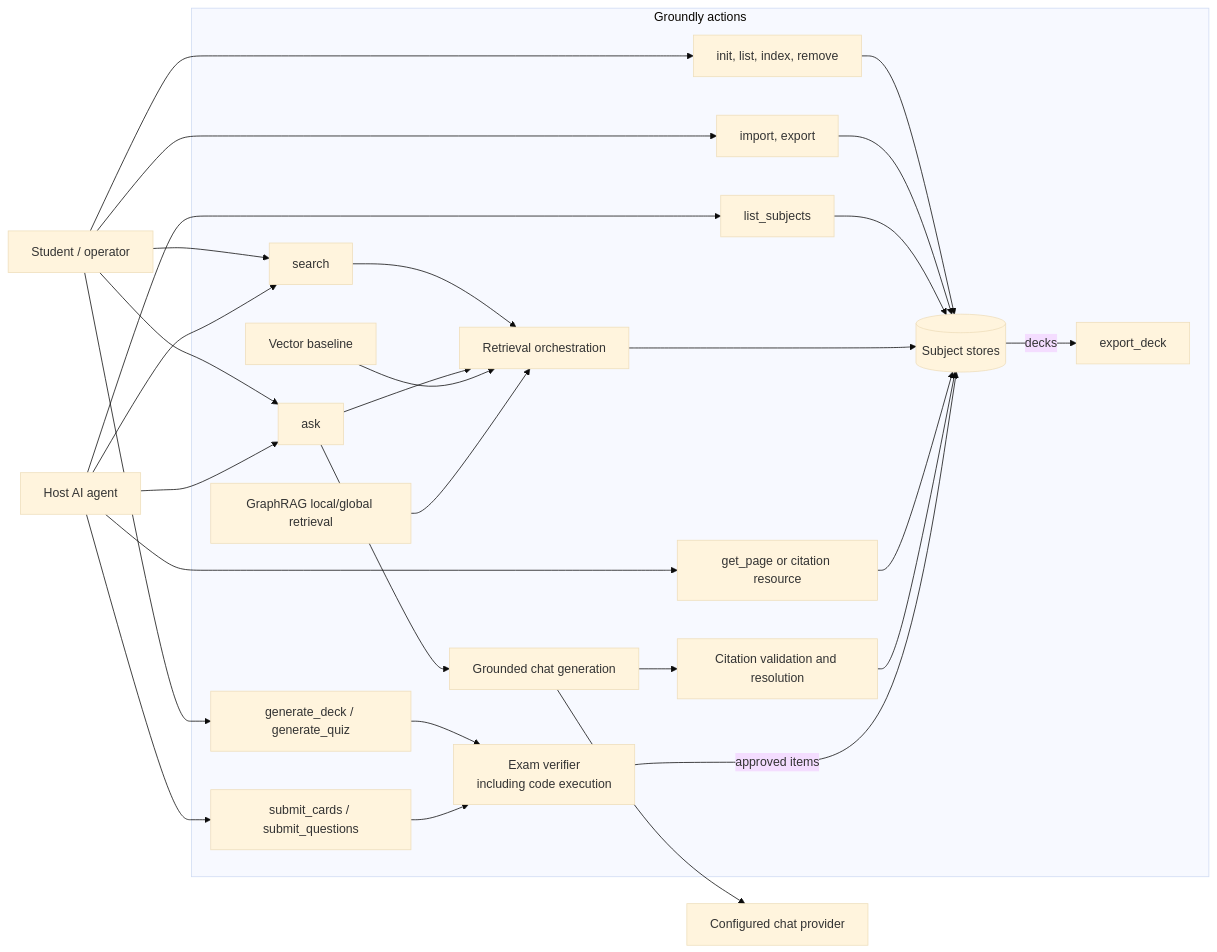
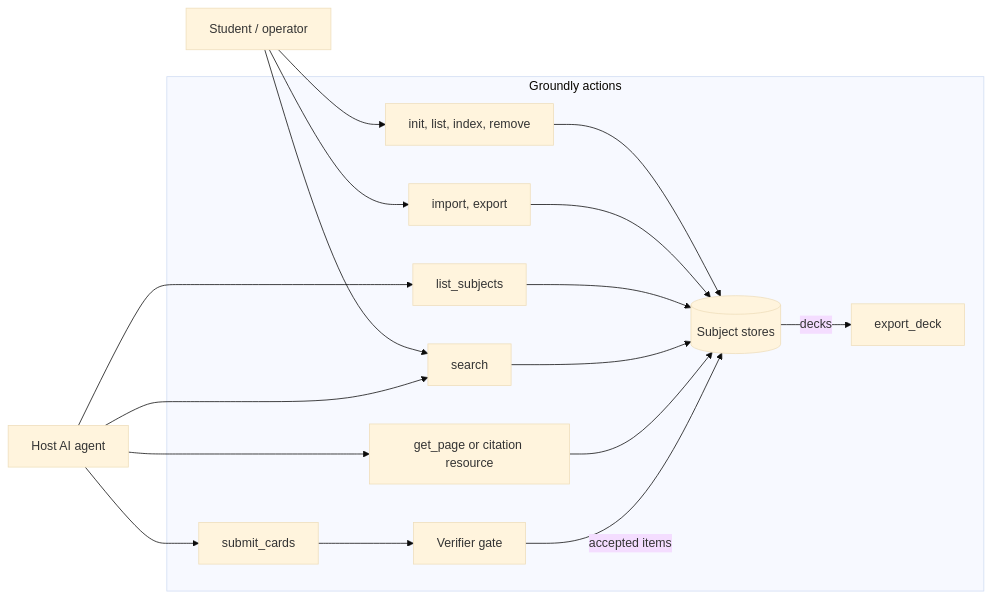
The diagram in docs/architecture/agents.md (paulhondola/groundly), drawn with Mermaid (base theme) before and after one commit. The commit also changed other lines of this file and 130 other files, not shown here.

````diff
--- a/docs/architecture/agents.md
+++ b/docs/architecture/agents.md
@@ -10,48 +7,27 @@
 ```mermaid
 flowchart LR
     student[Student / operator]
     host[Host AI agent]
-    provider[Configured chat provider]
 
     subgraph Groundly[Groundly actions]
         init[init, list, index, remove]
         share[import, export]
         discover[list_subjects]
         search[search]
-        ask[ask]
         page[get_page or citation resource]
-        retrieve[Retrieval orchestration]
-        vector[Vector baseline]
-        generate[Grounded chat generation]
-        citations[Citation validation and resolution]
+        submit[submit_cards]
+        verify[Verifier gate]
         stores[(Subject stores)]
-        gph[GraphRAG local/global retrieval]
-        deck[generate_deck / generate_quiz]
-        submit[submit_cards / submit_questions]
-        verify[Exam verifier\nincluding code execution]
         exportdeck[export_deck]
     end
 
     student --> init --> stores
     student --> share --> stores
-    student --> ask
     student --> search
-    host --> discover
-    host --> search
-    host --> ask
-    host --> page
-    discover --> stores
-    search --> retrieve --> stores
-    page --> stores
-    ask --> retrieve
-    ask --> generate --> provider
-    generate --> citations --> stores
-    host --> submit
-    student --> deck
-    deck --> verify
-    submit --> verify
-    verify -->|approved items| stores
+    host --> discover --> stores
+    host --> search --> stores
+    host --> page --> stores
+    host --> submit --> verify
+    verify -->|accepted items| stores
     stores -->|decks| exportdeck
-    vector --> retrieve
-    gph --> retrieve
 ```
````
